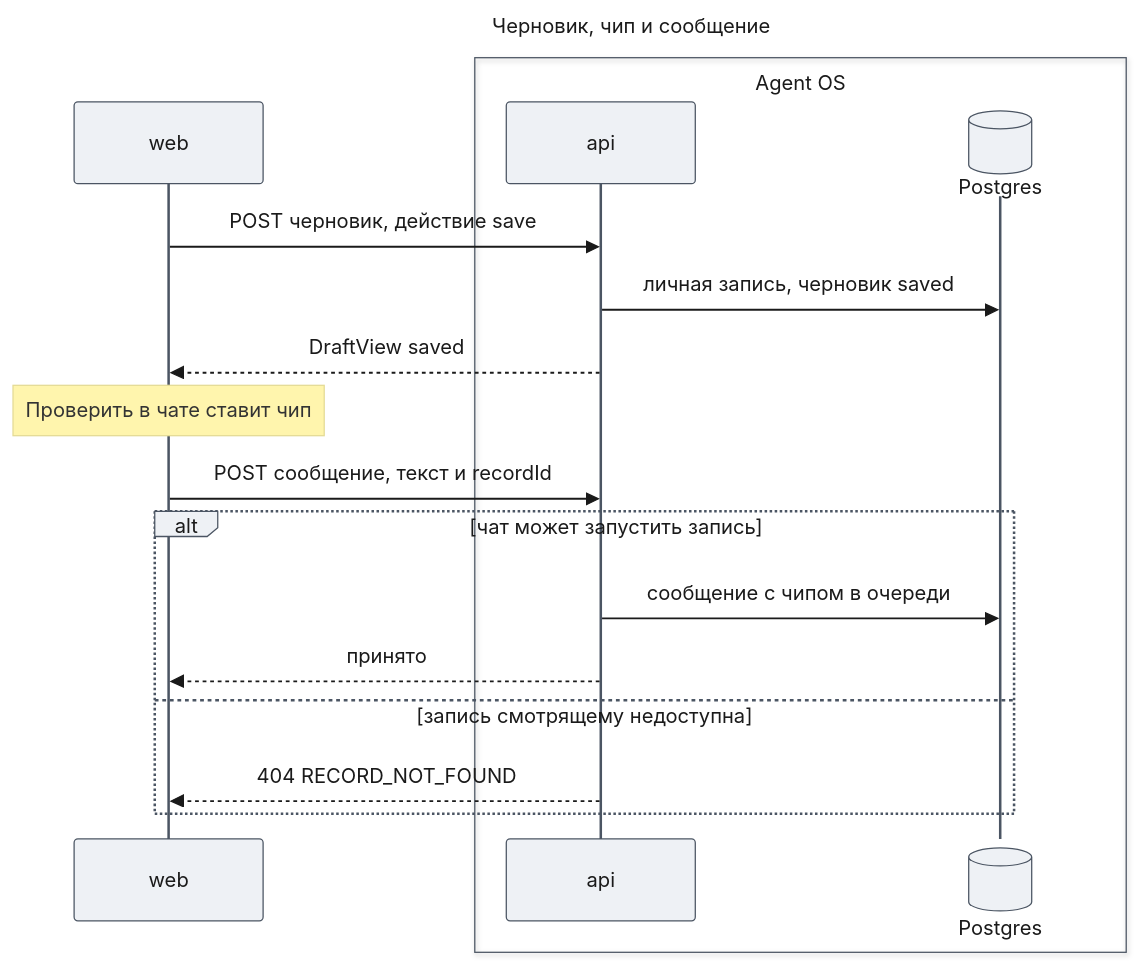
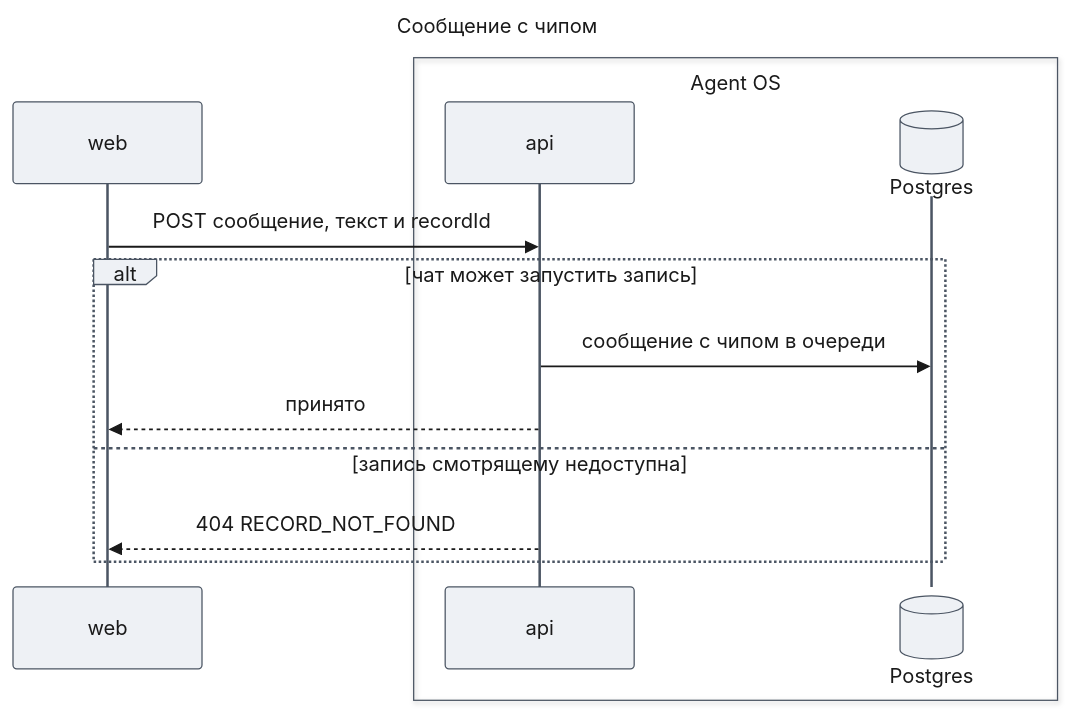
One commit to tundraray/agent-os changed the fifth of 7 diagrams in docs/features/custom-agents/design-web.md. Above: the diagram before and after it, drawn with Mermaid. The commit also changed other lines of this file and 1225 other files, not shown here.

````diff
--- a/docs/features/custom-agents/design-web.md
+++ b/docs/features/custom-agents/design-web.md
@@ -438,40 +413,33 @@
 ```mermaid
 ---
-title: "Черновик, чип и сообщение"
+title: "Сообщение с чипом"
 config:
   theme: base
   look: classic
   themeVariables:
     primaryColor: "#eef1f5"
     primaryBorderColor: "#4b5563"
     primaryTextColor: "#1a1a1a"
     lineColor: "#6b7280"
   themeCSS: |
-    @keyframes lit_wf2{0%,12%{stroke:#991b1b;stroke-width:6px}14.29%,100%{stroke:#37474f;stroke-width:2px}}
-    @keyframes litr_wf2{0%,12%{stroke:#1d4ed8;stroke-width:6px}14.29%,100%{stroke:#37474f;stroke-width:2px}}
-    .messageLine0[data-id='i0'],.messageLine1[data-id='i0']{animation:lit_wf2 8.4s linear 0s infinite}
-    .messageLine0[data-id='i1'],.messageLine1[data-id='i1']{animation:lit_wf2 8.4s linear 1.2s infinite}
-    .messageLine0[data-id='i2'],.messageLine1[data-id='i2']{animation:litr_wf2 8.4s linear 2.4s infinite}
-    .messageLine0[data-id='i4'],.messageLine1[data-id='i4']{animation:lit_wf2 8.4s linear 3.6s infinite}
-    .messageLine0[data-id='i6'],.messageLine1[data-id='i6']{animation:lit_wf2 8.4s linear 4.8s infinite}
-    .messageLine0[data-id='i7'],.messageLine1[data-id='i7']{animation:litr_wf2 8.4s linear 6s infinite}
-    .messageLine0[data-id='i9'],.messageLine1[data-id='i9']{animation:litr_wf2 8.4s linear 7.2s infinite}
+    @keyframes lit_wf2{0%,22.5%{stroke:#991b1b;stroke-width:6px}25%,100%{stroke:#37474f;stroke-width:2px}}
+    @keyframes litr_wf2{0%,22.5%{stroke:#1d4ed8;stroke-width:6px}25%,100%{stroke:#37474f;stroke-width:2px}}
+    .messageLine0[data-id='i0'],.messageLine1[data-id='i0']{animation:lit_wf2 4.8s linear 0s infinite}
+    .messageLine0[data-id='i2'],.messageLine1[data-id='i2']{animation:lit_wf2 4.8s linear 1.2s infinite}
+    .messageLine0[data-id='i3'],.messageLine1[data-id='i3']{animation:litr_wf2 4.8s linear 2.4s infinite}
+    .messageLine0[data-id='i5'],.messageLine1[data-id='i5']{animation:litr_wf2 4.8s linear 3.6s infinite}
 ---
 sequenceDiagram
     participant W as web
     box Agent OS
     participant A as api
     participant DB@{ "type": "database" } as Postgres
     end
-    W->>A: POST черновик, действие save
-    A->>DB: личная запись, черновик saved
-    A-->>W: DraftView saved
-    Note over W: Проверить в чате ставит чип
     W->>A: POST сообщение, текст и recordId
     alt чат может запустить запись
         A->>DB: сообщение с чипом в очереди
         A-->>W: принято
     else запись смотрящему недоступна
         A-->>W: 404 RECORD_NOT_FOUND
     end
 ```
````
